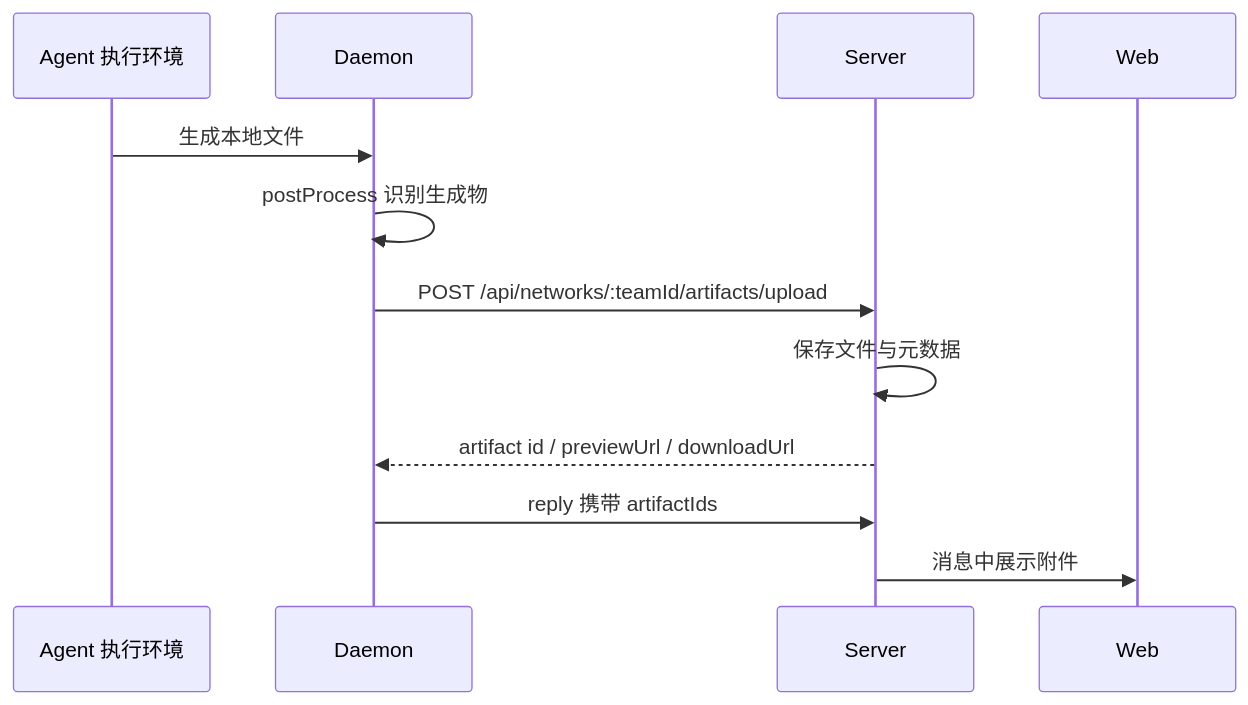
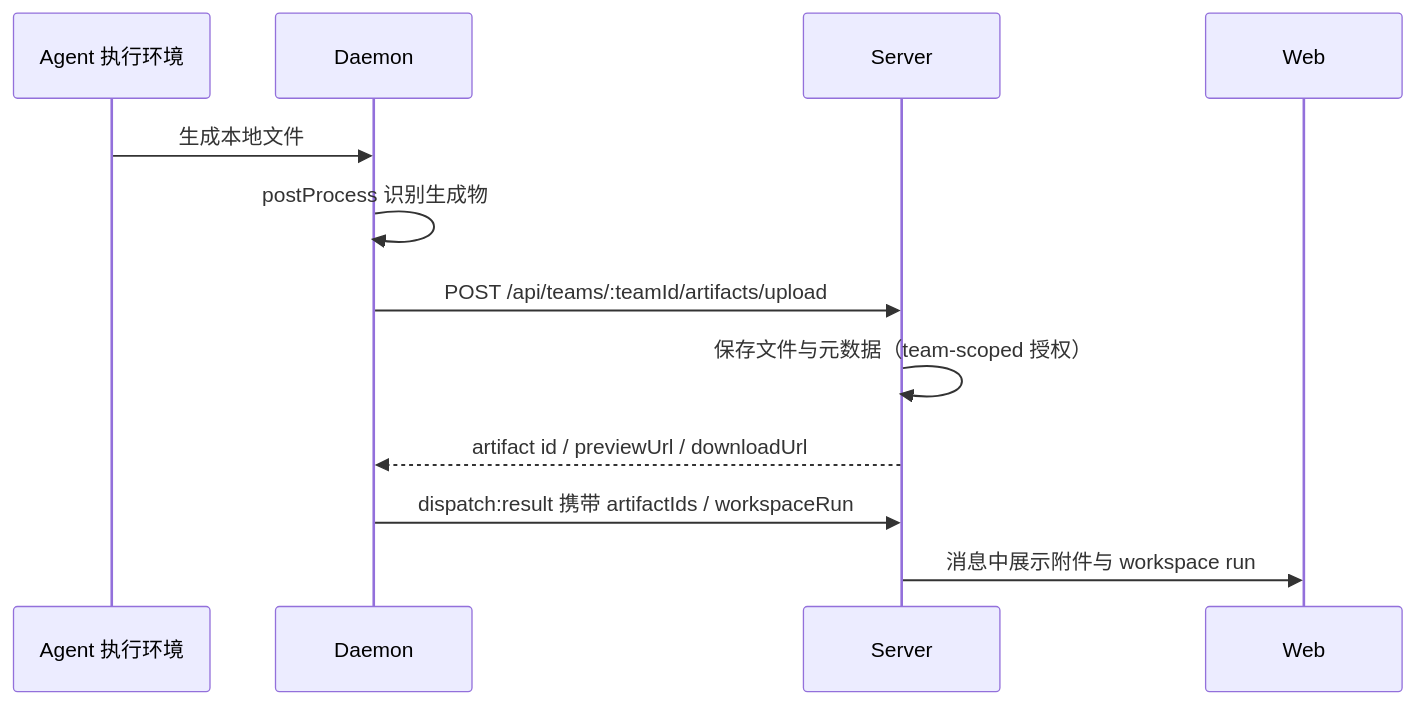
Before and after one commit to xiaojichao/agentbean: the sixth of 6 diagrams in README.md, drawn with Mermaid. The commit also changed other lines of this file and 4 other files, not shown here.

````diff
--- a/README.md
+++ b/README.md
@@ -175,15 +172,15 @@
 ```mermaid
 sequenceDiagram
   participant A as Agent 执行环境
   participant D as Daemon
   participant S as Server
   participant W as Web
 
   A->>D: 生成本地文件
   D->>D: postProcess 识别生成物
-  D->>S: POST /api/networks/:teamId/artifacts/upload
-  S->>S: 保存文件与元数据
+  D->>S: POST /api/teams/:teamId/artifacts/upload
+  S->>S: 保存文件与元数据（team-scoped 授权）
   S-->>D: artifact id / previewUrl / downloadUrl
-  D->>S: reply 携带 artifactIds
-  S->>W: 消息中展示附件
+  D->>S: dispatch:result 携带 artifactIds / workspaceRun
+  S->>W: 消息中展示附件与 workspace run
 ```
````
